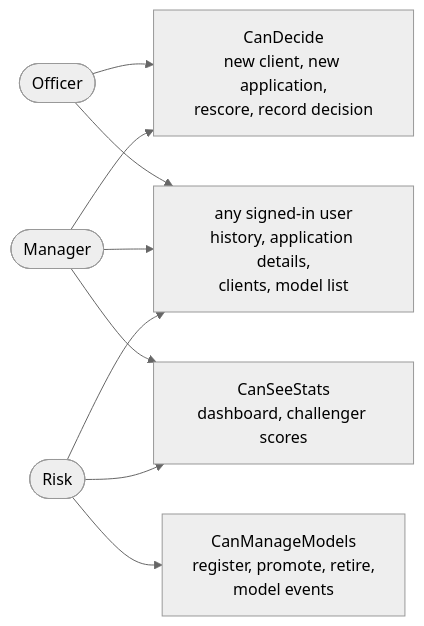
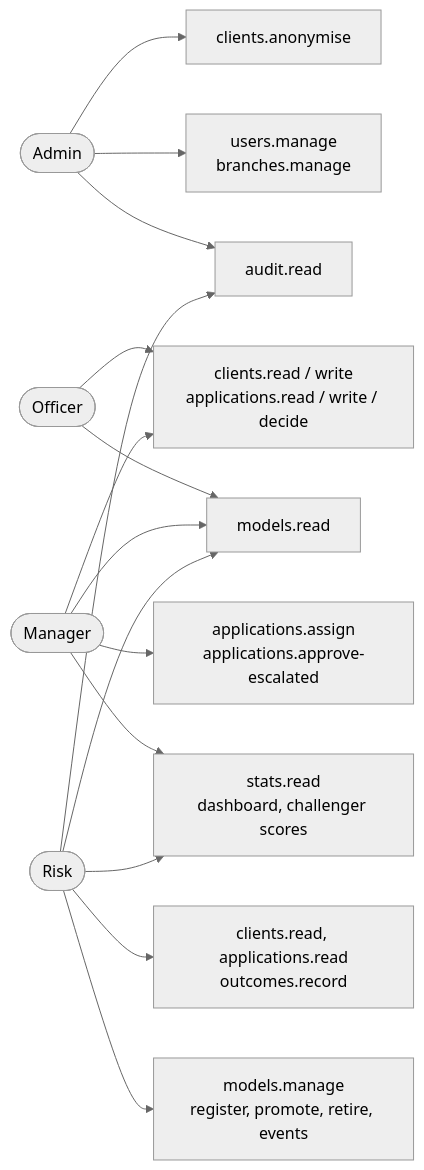
The diagram in architecture/11-roles-and-access.md (dejan3dejan/credit-scoring-dss), drawn with Mermaid (neutral theme) before and after one commit. The commit also changed other lines of this file and 25 other files, not shown here.

Commit message:
Update class, database, flow and access diagrams for roles, branches and the application life cycle

````diff
--- a/architecture/11-roles-and-access.md
+++ b/architecture/11-roles-and-access.md
@@ -5,20 +5,32 @@
 ```mermaid
 flowchart LR
+    admin(["Admin"])
     officer(["Officer"])
     manager(["Manager"])
     risk(["Risk"])
 
-    decide["CanDecide<br/>new client, new application,<br/>rescore, record decision"]
-    stats["CanSeeStats<br/>dashboard, challenger scores"]
-    models["CanManageModels<br/>register, promote, retire,<br/>model events"]
-    read["any signed-in user<br/>history, application details,<br/>clients, model list"]
+    users["users.manage<br/>branches.manage"]
+    audit["audit.read"]
+    work["clients.read / write<br/>applications.read / write / decide"]
+    team["applications.assign<br/>applications.approve-escalated"]
+    stats["stats.read<br/>dashboard, challenger scores"]
+    models["models.manage<br/>register, promote, retire, events"]
+    modelsRead["models.read"]
+    risky["clients.read, applications.read<br/>outcomes.record"]
 
-    officer --> decide
-    manager --> decide
+    anon["clients.anonymise"]
+    admin --> anon
+    admin --> users
+    admin --> audit
+    officer --> work
+    officer --> modelsRead
+    manager --> work
+    manager --> team
     manager --> stats
+    manager --> modelsRead
+    risk --> risky
     risk --> stats
     risk --> models
-    officer --> read
-    manager --> read
-    risk --> read
+    risk --> modelsRead
+    risk --> audit
 ```
````
